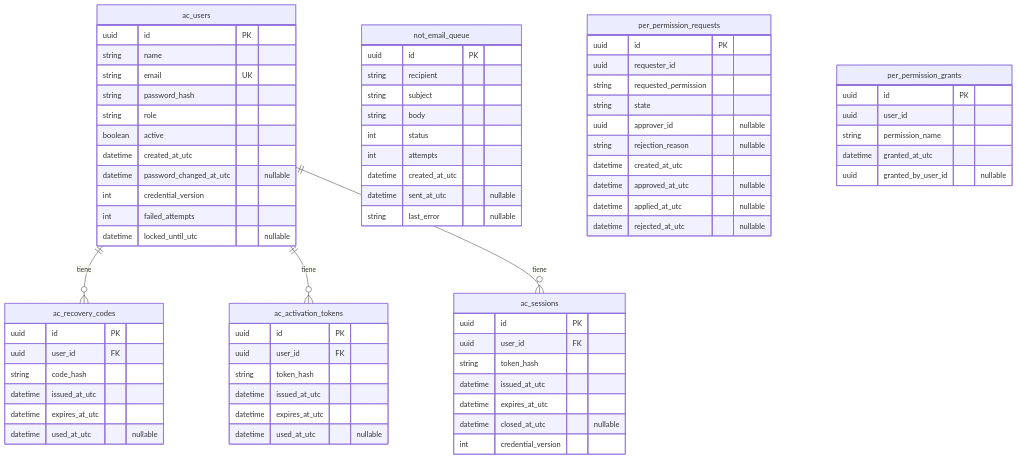
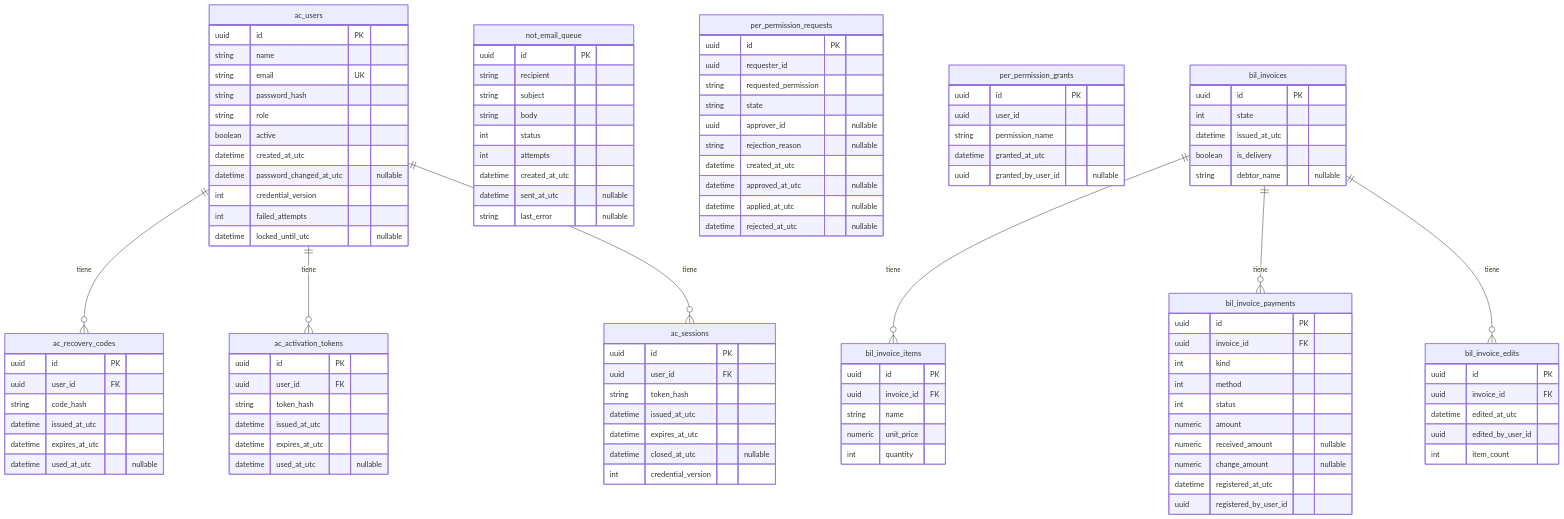
The second of 2 diagrams in README.md (franklinpeguerodev/pirry-ledger), drawn with Mermaid before and after one commit. The commit also changed other lines of this file and 1 other file, not shown here.

Commit message:
Document the invoice rules and the business schema (RF-NEG-02, RD-09)

````diff
--- a/README.md
+++ b/README.md
@@ -1663,7 +1746,47 @@
         uuid granted_by_user_id "nullable"
     }
 
+    bil_invoices {
+        uuid id PK
+        int state
+        datetime issued_at_utc
+        boolean is_delivery
+        string debtor_name "nullable"
+    }
+
+    bil_invoice_items {
+        uuid id PK
+        uuid invoice_id FK
+        string name
+        numeric unit_price
+        int quantity
+    }
+
+    bil_invoice_payments {
+        uuid id PK
+        uuid invoice_id FK
+        int kind
+        int method
+        int status
+        numeric amount
+        numeric received_amount "nullable"
+        numeric change_amount "nullable"
+        datetime registered_at_utc
+        uuid registered_by_user_id
+    }
+
+    bil_invoice_edits {
+        uuid id PK
+        uuid invoice_id FK
+        datetime edited_at_utc
+        uuid edited_by_user_id
+        int item_count
+    }
+
     ac_users ||--o{ ac_recovery_codes : "tiene"
     ac_users ||--o{ ac_activation_tokens : "tiene"
     ac_users ||--o{ ac_sessions : "tiene"
+    bil_invoices ||--o{ bil_invoice_items : "tiene"
+    bil_invoices ||--o{ bil_invoice_payments : "tiene"
+    bil_invoices ||--o{ bil_invoice_edits : "tiene"
 ```
````
